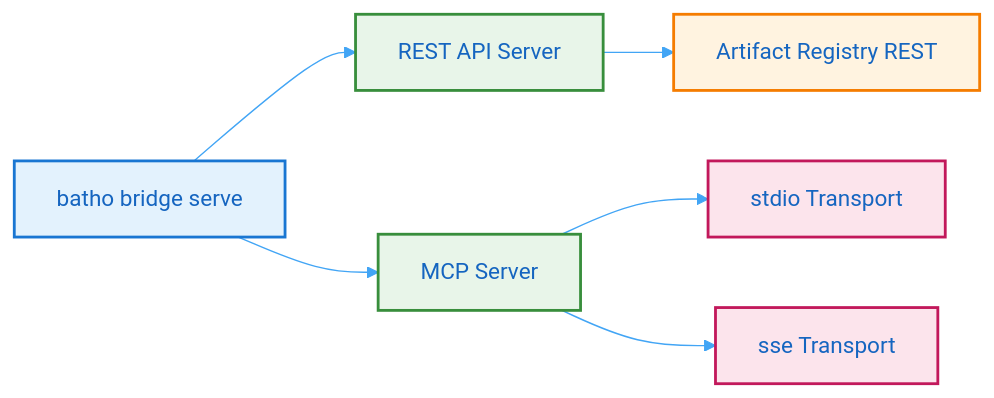
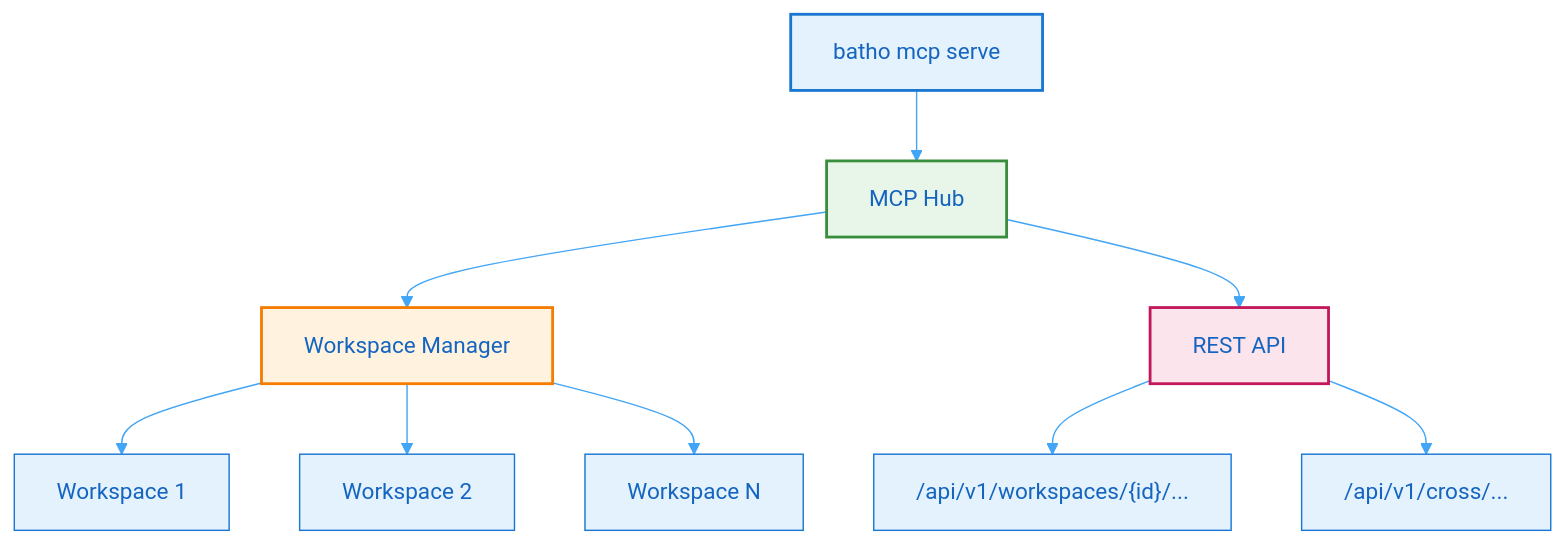
The diagram in docs-site/docs/whitepaper/bridge-mcp.md (sageoz/Batho), drawn with Mermaid before and after one commit. The commit also changed other lines of this file and 58 other files, not shown here.

First line of the commit message:
feat: comprehensive Batho MCP enhancements

````diff
--- a/docs-site/docs/whitepaper/bridge-mcp.md
+++ b/docs-site/docs/whitepaper/bridge-mcp.md
@@ -13,16 +13,18 @@
 ```mermaid
 %%{init: {'theme': 'base', 'themeVariables': { 'primaryColor': '#e3f2fd', 'primaryTextColor': '#1565c0', 'primaryBorderColor': '#1976d2', 'lineColor': '#42a5f5', 'secondaryColor': '#f3e5f5', 'tertiaryColor': '#e8f5e9'}}}%%
-flowchart LR
-    A[batho bridge serve] --> B[REST API Server]
-    A --> C[MCP Server]
-    B --> D[Artifact Registry REST]
-    C --> F[stdio Transport]
-    C --> G[sse Transport]
-
+flowchart TB
+    A["batho mcp serve"] --> B["MCP Hub"]
+    B --> C["Workspace Manager"]
+    C --> D["Workspace 1"]
+    C --> E["Workspace 2"]
+    C --> F["Workspace N"]
+    
+    B --> G["REST API"]
+    G --> H["/api/v1/workspaces/{id}/..."]
+    G --> I["/api/v1/cross/..."]
+    
     style A fill:#e3f2fd,stroke:#1976d2,stroke-width:2px
     style B fill:#e8f5e9,stroke:#388e3c,stroke-width:2px
-    style C fill:#e8f5e9,stroke:#388e3c,stroke-width:2px
-    style D fill:#fff3e0,stroke:#f57c00,stroke-width:2px
-    style F fill:#fce4ec,stroke:#c2185b,stroke-width:2px
+    style C fill:#fff3e0,stroke:#f57c00,stroke-width:2px
     style G fill:#fce4ec,stroke:#c2185b,stroke-width:2px
 ```
````
